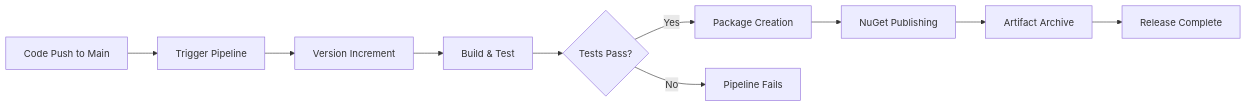
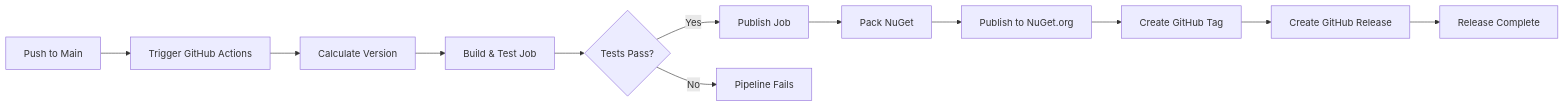
Before and after one commit to connectionloops/cloops.nats: the diagram in docs/ReleaseProcess.md, drawn with Mermaid. The commit also changed other lines of this file and 29 other files, not shown here.

````diff
--- a/docs/ReleaseProcess.md
+++ b/docs/ReleaseProcess.md
@@ -17,12 +22,14 @@
 ```mermaid
 graph LR
-    A[Code Push to Main] --> B[Trigger Pipeline]
-    B --> C[Version Increment]
-    C --> D[Build & Test]
+    A[Push to Main] --> B[Trigger GitHub Actions]
+    B --> C[Calculate Version]
+    C --> D[Build & Test Job]
     D --> E{Tests Pass?}
-    E -->|Yes| F[Package Creation]
+    E -->|Yes| F[Publish Job]
     E -->|No| G[Pipeline Fails]
-    F --> H[NuGet Publishing]
-    H --> I[Artifact Archive]
-    I --> J[Release Complete]
+    F --> H[Pack NuGet]
+    H --> I[Publish to NuGet.org]
+    I --> J[Create GitHub Tag]
+    J --> K[Create GitHub Release]
+    K --> L[Release Complete]
 ```
````
